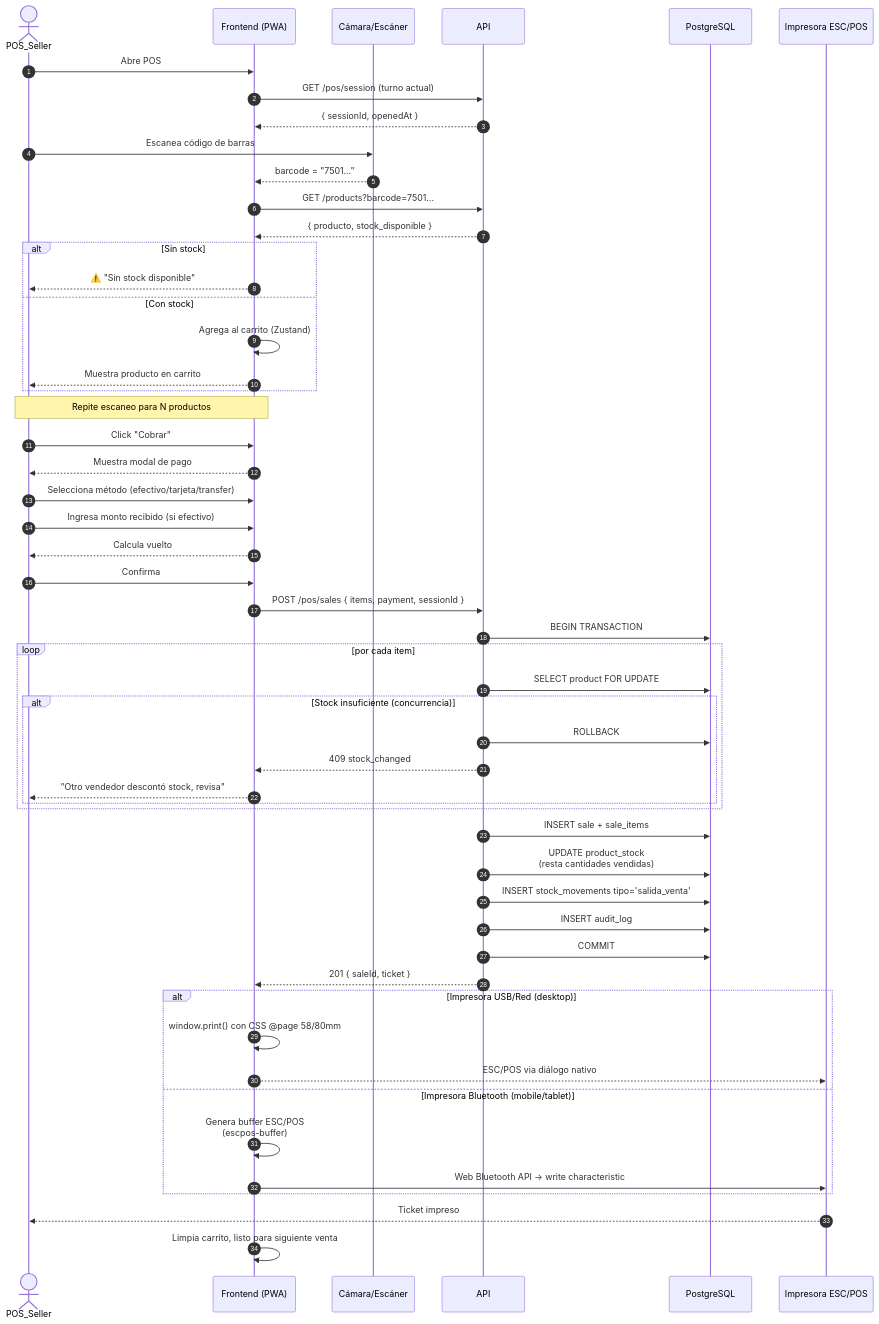
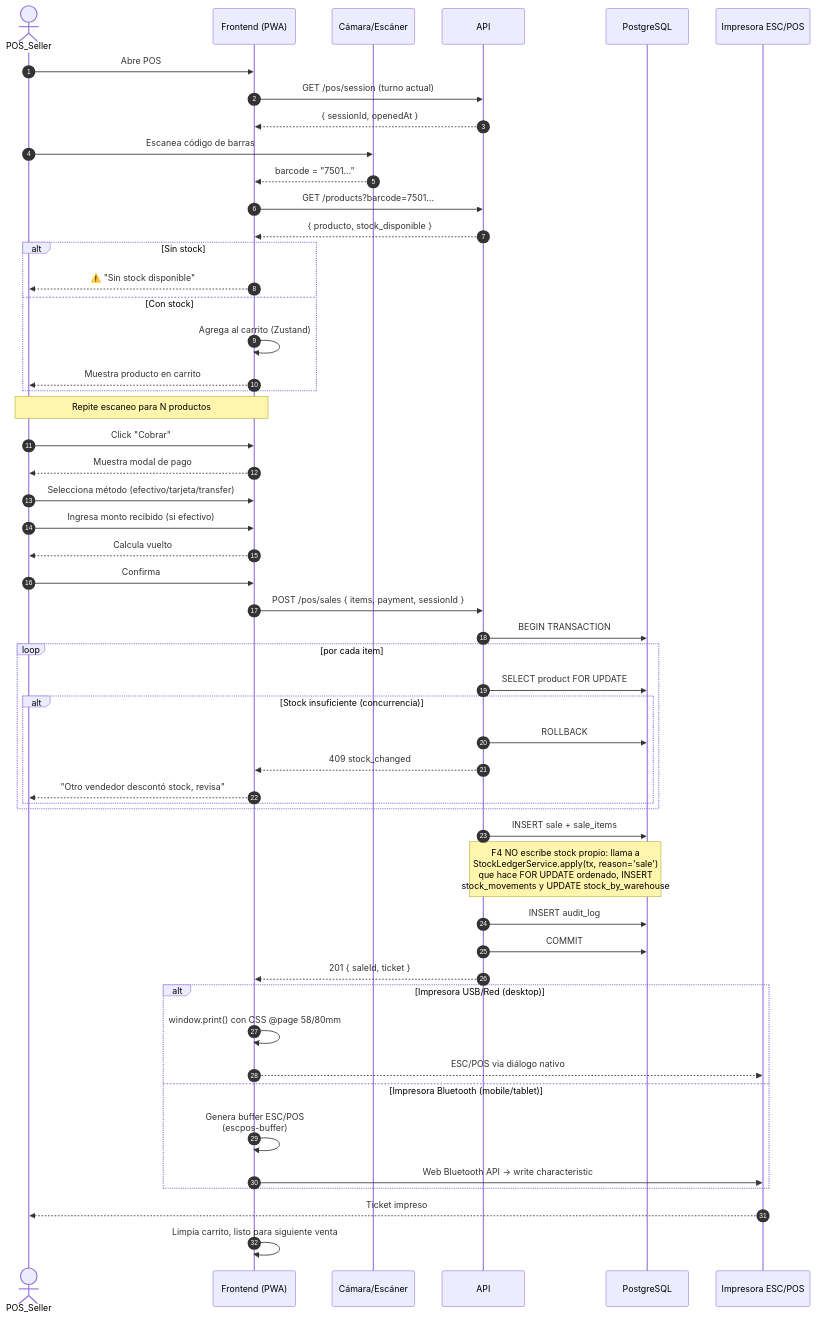
One commit to carloshlm/sellpoint changed the ninth of 12 diagrams in FLUJOS.md. Above: the diagram before and after it, drawn with Mermaid. The commit also changed other lines of this file and 4 other files, not shown here.

````diff
--- a/FLUJOS.md
+++ b/FLUJOS.md
@@ -363,65 +360,64 @@
 ```mermaid
 sequenceDiagram
     autonumber
     actor S as POS_Seller
     participant F as Frontend (PWA)
     participant C as Cámara/Escáner
     participant API as API
     participant DB as PostgreSQL
     participant P as Impresora ESC/POS
 
     S->>F: Abre POS
     F->>API: GET /pos/session (turno actual)
     API-->>F: { sessionId, openedAt }
 
     S->>C: Escanea código de barras
     C-->>F: barcode = "7501..."
     F->>API: GET /products?barcode=7501...
     API-->>F: { producto, stock_disponible }
 
     alt Sin stock
         F-->>S: ⚠️ "Sin stock disponible"
     else Con stock
         F->>F: Agrega al carrito (Zustand)
         F-->>S: Muestra producto en carrito
     end
 
     Note over S,F: Repite escaneo para N productos
 
     S->>F: Click "Cobrar"
     F-->>S: Muestra modal de pago
     S->>F: Selecciona método (efectivo/tarjeta/transfer)
     S->>F: Ingresa monto recibido (si efectivo)
     F-->>S: Calcula vuelto
     S->>F: Confirma
 
     F->>API: POST /pos/sales { items, payment, sessionId }
     API->>DB: BEGIN TRANSACTION
 
     loop por cada item
         API->>DB: SELECT product FOR UPDATE
         alt Stock insuficiente (concurrencia)
             API->>DB: ROLLBACK
             API-->>F: 409 stock_changed
             F-->>S: "Otro vendedor descontó stock, revisa"
         end
     end
 
     API->>DB: INSERT sale + sale_items
-    API->>DB: UPDATE product_stock<br/>(resta cantidades vendidas)
-    API->>DB: INSERT stock_movements tipo='salida_venta'
+    Note over API,DB: F4 NO escribe stock propio: llama a<br/>StockLedgerService.apply(tx, reason='sale')<br/>que hace FOR UPDATE ordenado, INSERT<br/>stock_movements y UPDATE stock_by_warehouse
     API->>DB: INSERT audit_log
     API->>DB: COMMIT
     API-->>F: 201 { saleId, ticket }
 
     alt Impresora USB/Red (desktop)
         F->>F: window.print() con CSS @page 58/80mm
         F-->>P: ESC/POS via diálogo nativo
     else Impresora Bluetooth (mobile/tablet)
         F->>F: Genera buffer ESC/POS<br/>(escpos-buffer)
         F->>P: Web Bluetooth API → write characteristic
     end
 
     P-->>S: Ticket impreso
     F->>F: Limpia carrito, listo para siguiente venta
 ```
````
